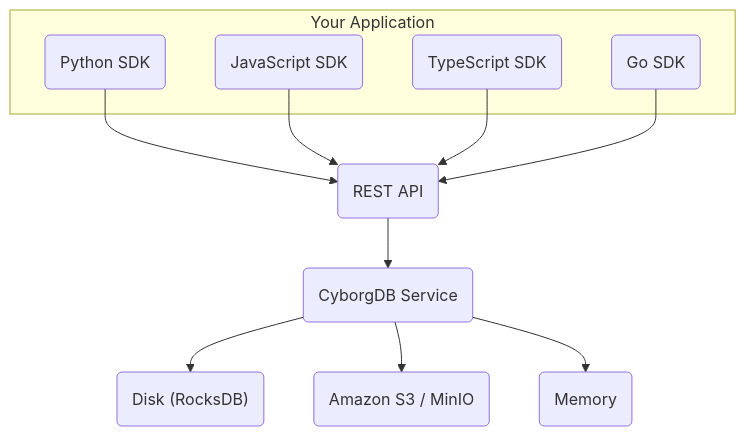
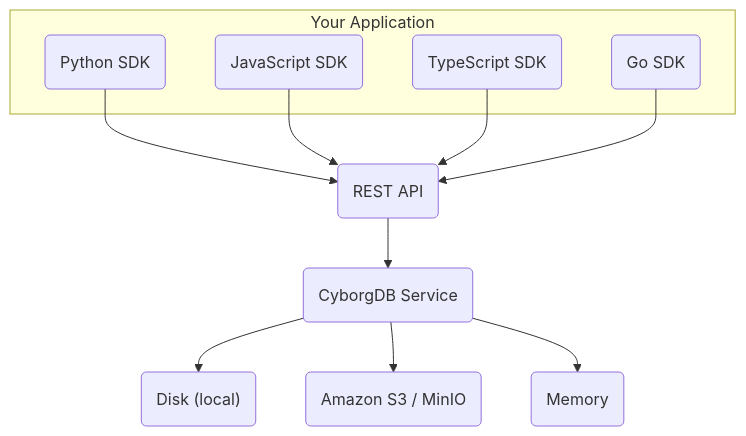
The diagram in versions/v0.17.x/service/guides/intro/about.mdx (cyborginc/cyborgdb-docs), drawn with Mermaid before and after one commit. The commit also changed 37 other files, not shown here.

````diff
--- a/versions/v0.17.x/service/guides/intro/about.mdx
+++ b/versions/v0.17.x/service/guides/intro/about.mdx
@@ -105,25 +105,25 @@
 ```mermaid
 flowchart TB
   subgraph Your_Applications [Your Application]
     PythonSDK("Python SDK")
     JSSDK("JavaScript SDK")
     TSSDK("TypeScript SDK")
     GoSDK("Go SDK")
   end
 
   PythonSDK --> RESTAPI
   JSSDK --> RESTAPI
   TSSDK --> RESTAPI
   GoSDK --> RESTAPI
 
   RESTAPI("REST API")
   RESTAPI --> CyborgDB("CyborgDB Service")
 
   CyborgDB --> Disk
   CyborgDB --> S3
   CyborgDB --> Memory
 
-  Disk("Disk (RocksDB)")
+  Disk("Disk (local)")
   S3("Amazon S3 / MinIO")
   Memory("Memory")
 ```
````
